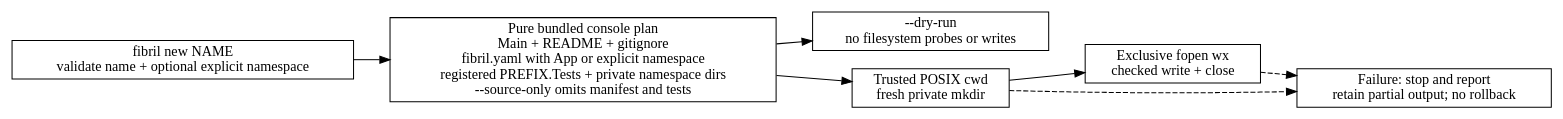
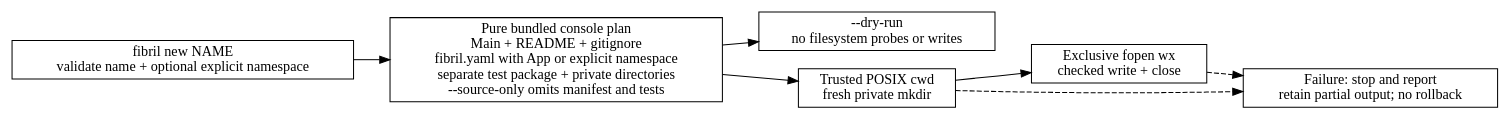
Before and after one commit to odunboye/fibril: the diagram in docs/diagrams/project-creation.dot, drawn with Graphviz. The commit also changed 11 other files, not shown here.

```diff
--- a/docs/diagrams/project-creation.dot
+++ b/docs/diagrams/project-creation.dot
@@ -1,15 +1,15 @@
 digraph ProjectCreation {
   rankdir=LR;
   node [shape=box];
   cli [label="fibril new NAME\nvalidate name + optional explicit namespace"];
-  plan [label="Pure bundled console plan\nMain + README + gitignore\nfibril.yaml with App or explicit namespace\nregistered PREFIX.Tests + private namespace dirs\n--source-only omits manifest and tests"];
+  plan [label="Pure bundled console plan\nMain + README + gitignore\nfibril.yaml with App or explicit namespace\nseparate test package + private directories\n--source-only omits manifest and tests"];
   preview [label="--dry-run\nno filesystem probes or writes"];
   admit [label="Trusted POSIX cwd\nfresh private mkdir"];
   files [label="Exclusive fopen wx\nchecked write + close"];
   error [label="Failure: stop and report\nretain partial output; no rollback"];
   cli -> plan;
   plan -> preview;
   plan -> admit -> files;
   admit -> error [style=dashed];
   files -> error [style=dashed];
 }
```
